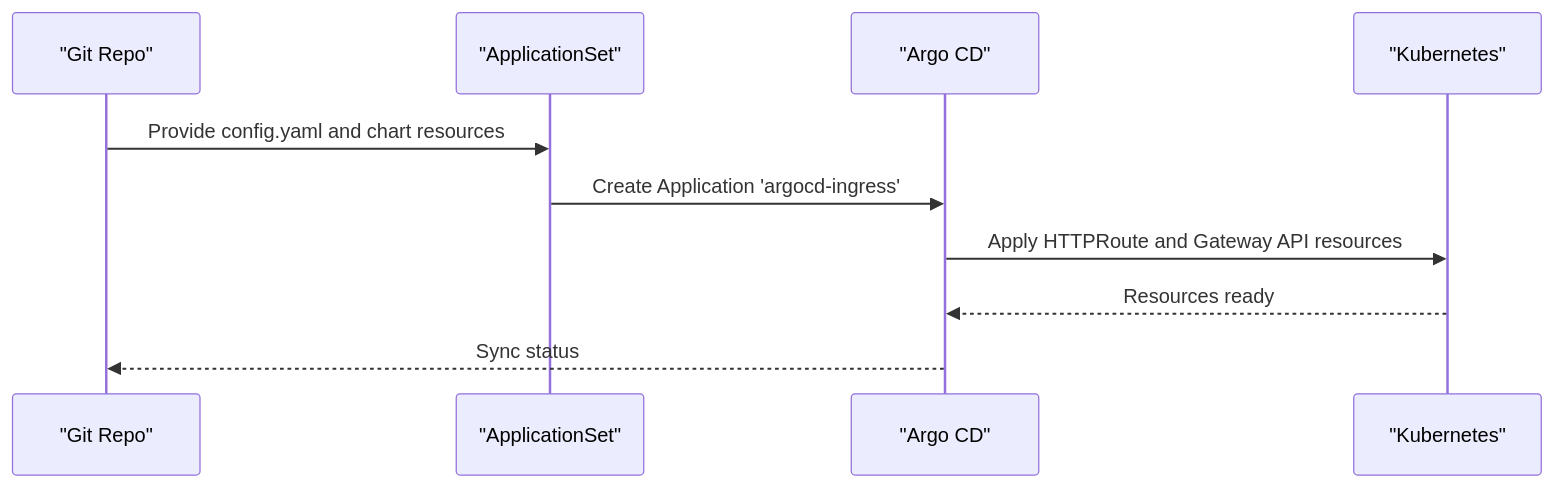
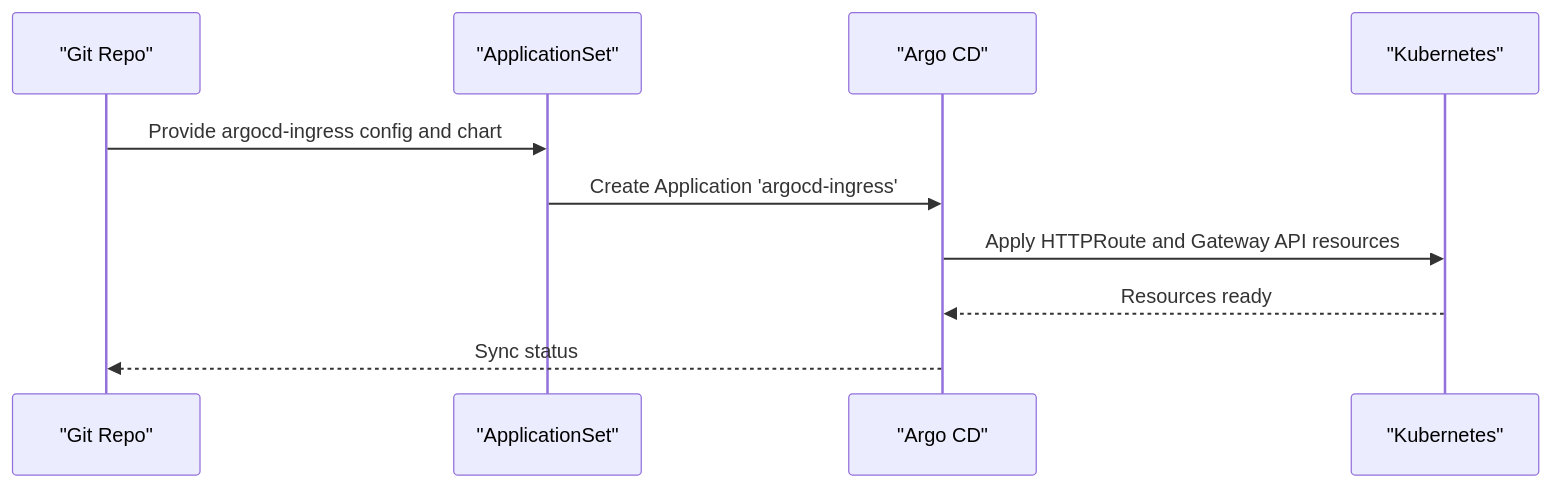
The fourth of 7 diagrams in .qoder/repowiki/en/content/Project Management/Playground Projects.md (Hoangvu75/k8s_manifest), drawn with Mermaid before and after one commit. The commit also changed other lines of this file and 24 other files, not shown here.

````diff
--- a/.qoder/repowiki/en/content/Project Management/Playground Projects.md
+++ b/.qoder/repowiki/en/content/Project Management/Playground Projects.md
@@ -168,12 +192,12 @@
 ```mermaid
 sequenceDiagram
 participant Git as "Git Repo"
 participant AS as "ApplicationSet"
 participant AC as "Argo CD"
 participant K8s as "Kubernetes"
-Git->>AS : Provide config.yaml and chart resources
+Git->>AS : Provide argocd-ingress config and chart
 AS->>AC : Create Application 'argocd-ingress'
 AC->>K8s : Apply HTTPRoute and Gateway API resources
 K8s-->>AC : Resources ready
 AC-->>Git : Sync status
 ```
````
